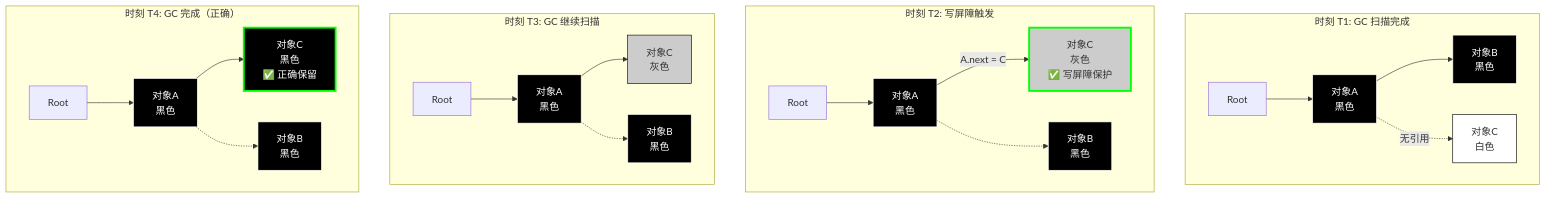
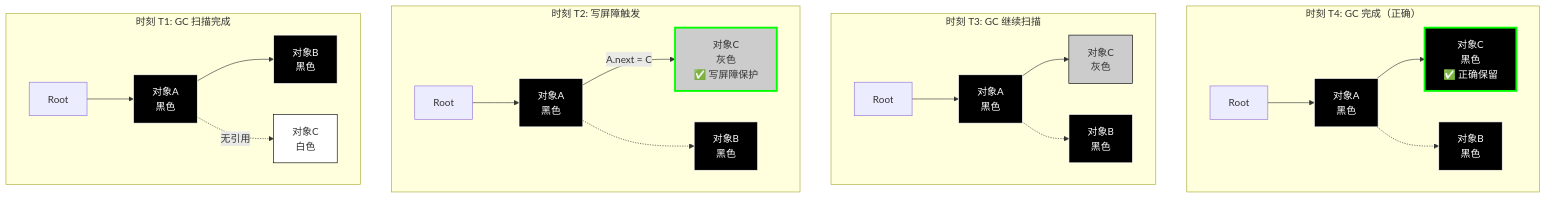
One commit to djaigoo/blog changed diagram 14 of 39 in _posts/golang/垃圾回收器.md. Above: the diagram before and after it, drawn with Mermaid. The commit also changed other lines of this file and 6 other files, not shown here.

````diff
--- a/_posts/golang/垃圾回收器.md
+++ b/_posts/golang/垃圾回收器.md
@@ -318,42 +551,39 @@
 ```mermaid
 graph TD
+    subgraph "时刻 T4: GC 完成（正确）"
+        R4[Root] --> A4[对象A<br/>黑色]
+        A4 --> C4[对象C<br/>黑色<br/>✅ 正确保留]
+        A4 -.-> B4[对象B<br/>黑色]
+        
+        style A4 fill:#000000,stroke:#ffffff,color:#ffffff
+        style B4 fill:#000000,stroke:#ffffff,color:#ffffff
+        style C4 fill:#000000,stroke:#00ff00,stroke-width:3px,color:#ffffff
+    end
+    subgraph "时刻 T3: GC 继续扫描"
+        R3[Root] --> A3[对象A<br/>黑色]
+        A3 --> C3[对象C<br/>灰色]
+        A3 -.-> B3[对象B<br/>黑色]
+        
+        style A3 fill:#000000,stroke:#ffffff,color:#ffffff
+        style B3 fill:#000000,stroke:#ffffff,color:#ffffff
+        style C3 fill:#cccccc,stroke:#000000
+    end
+    subgraph "时刻 T2: 写屏障触发"
+        R2[Root] --> A2[对象A<br/>黑色]
+        A2 -->|A.next = C| C2[对象C<br/>灰色<br/>✅ 写屏障保护]
+        A2 -.-> B2[对象B<br/>黑色]
+        
+        style A2 fill:#000000,stroke:#ffffff,color:#ffffff
+        style B2 fill:#000000,stroke:#ffffff,color:#ffffff
+        style C2 fill:#cccccc,stroke:#00ff00,stroke-width:3px
+    end
     subgraph "时刻 T1: GC 扫描完成"
         R1[Root] --> A1[对象A<br/>黑色]
         A1 --> B1[对象B<br/>黑色]
         A1 -.->|无引用| C1[对象C<br/>白色]
         
         style A1 fill:#000000,stroke:#ffffff,color:#ffffff
         style B1 fill:#000000,stroke:#ffffff,color:#ffffff
         style C1 fill:#ffffff,stroke:#000000
     end
-    
-    subgraph "时刻 T2: 写屏障触发"
-        R2[Root] --> A2[对象A<br/>黑色]
-        A2 -->|A.next = C| C2[对象C<br/>灰色<br/>✅ 写屏障保护]
-        A2 -.-> B2[对象B<br/>黑色]
-        
-        style A2 fill:#000000,stroke:#ffffff,color:#ffffff
-        style B2 fill:#000000,stroke:#ffffff,color:#ffffff
-        style C2 fill:#cccccc,stroke:#00ff00,stroke-width:3px
-    end
-    
-    subgraph "时刻 T3: GC 继续扫描"
-        R3[Root] --> A3[对象A<br/>黑色]
-        A3 --> C3[对象C<br/>灰色]
-        A3 -.-> B3[对象B<br/>黑色]
-        
-        style A3 fill:#000000,stroke:#ffffff,color:#ffffff
-        style B3 fill:#000000,stroke:#ffffff,color:#ffffff
-        style C3 fill:#cccccc,stroke:#000000
-    end
-    
-    subgraph "时刻 T4: GC 完成（正确）"
-        R4[Root] --> A4[对象A<br/>黑色]
-        A4 --> C4[对象C<br/>黑色<br/>✅ 正确保留]
-        A4 -.-> B4[对象B<br/>黑色]
-        
-        style A4 fill:#000000,stroke:#ffffff,color:#ffffff
-        style B4 fill:#000000,stroke:#ffffff,color:#ffffff
-        style C4 fill:#000000,stroke:#00ff00,stroke-width:3px,color:#ffffff
-    end
 ```
````
